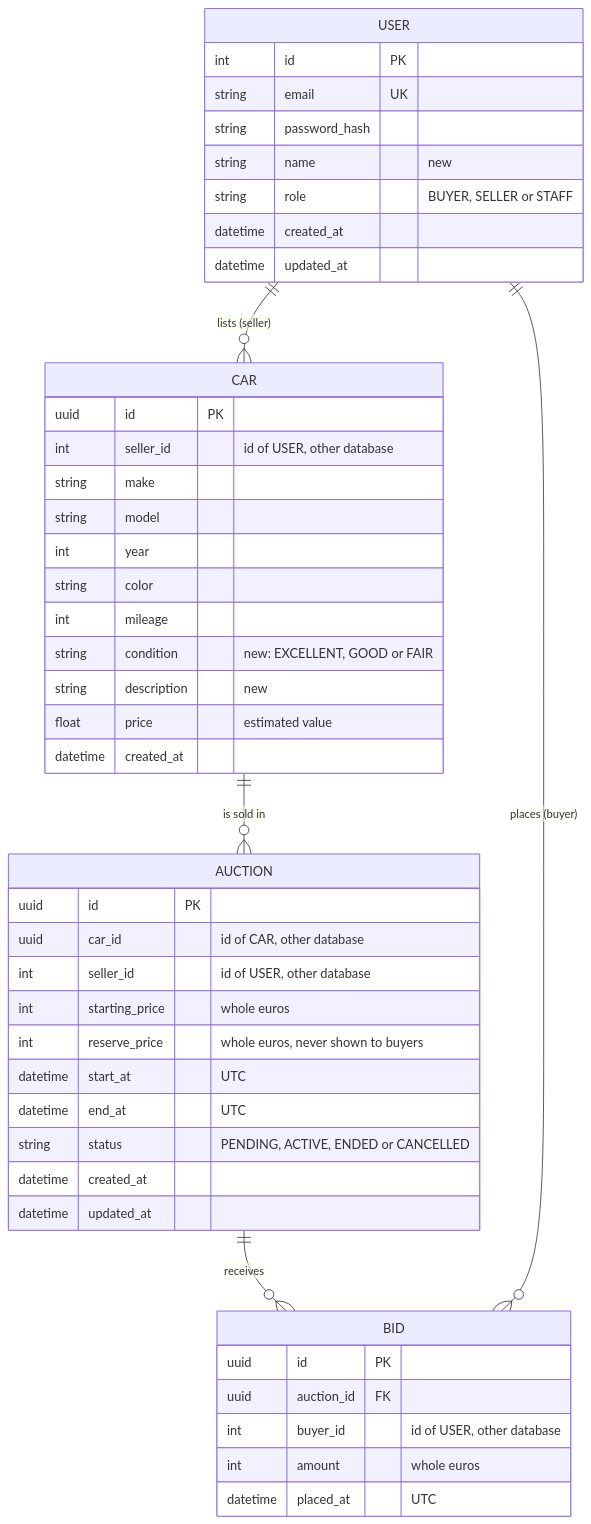
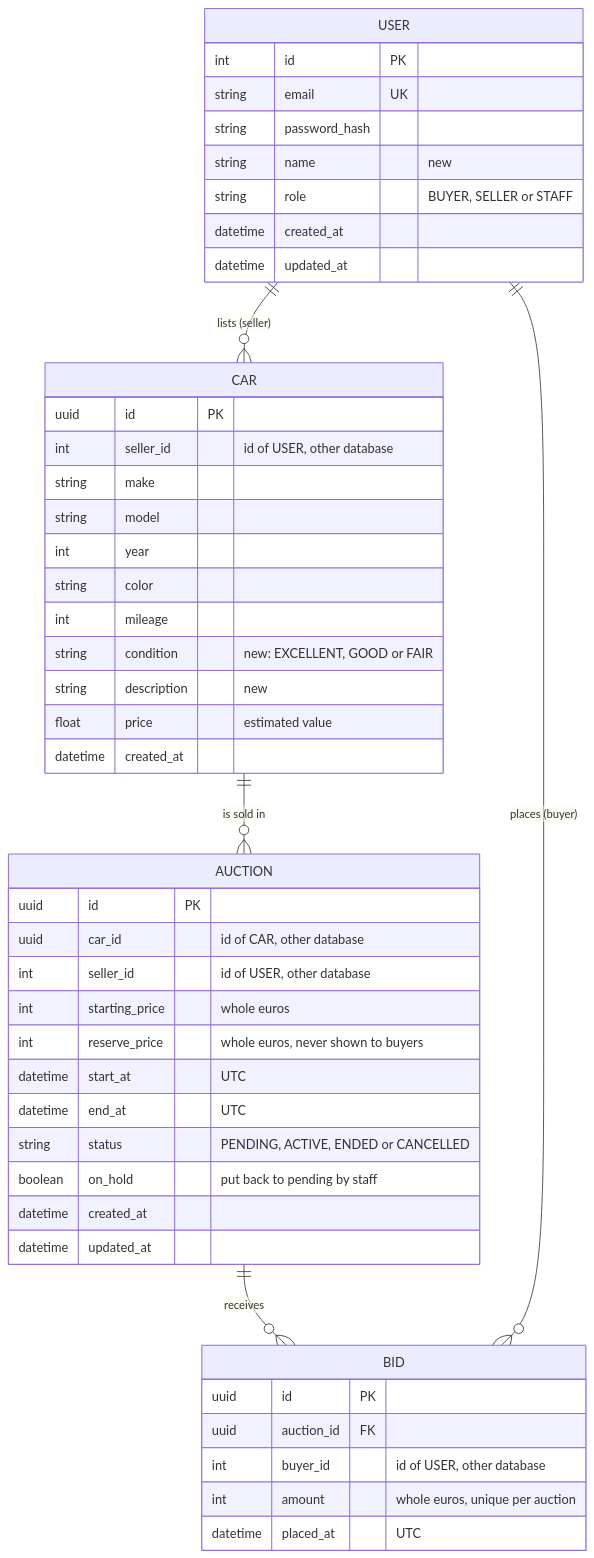
Before and after one commit to Molrih004/car-auction-assignment-MouinSarhani: the diagram in products/erd.md, drawn with Mermaid. The commit also changed other lines of this file and 8 other files, not shown here.

````diff
--- a/products/erd.md
+++ b/products/erd.md
@@ -11,52 +11,53 @@
 ```mermaid
 erDiagram
     USER ||--o{ CAR : "lists (seller)"
     CAR ||--o{ AUCTION : "is sold in"
     AUCTION ||--o{ BID : "receives"
     USER ||--o{ BID : "places (buyer)"
 
     USER {
         int id PK
         string email UK
         string password_hash
         string name "new"
         string role "BUYER, SELLER or STAFF"
         datetime created_at
         datetime updated_at
     }
 
     CAR {
         uuid id PK
         int seller_id "id of USER, other database"
         string make
         string model
         int year
         string color
         int mileage
         string condition "new: EXCELLENT, GOOD or FAIR"
         string description "new"
         float price "estimated value"
         datetime created_at
     }
 
     AUCTION {
         uuid id PK
         uuid car_id "id of CAR, other database"
         int seller_id "id of USER, other database"
         int starting_price "whole euros"
         int reserve_price "whole euros, never shown to buyers"
         datetime start_at "UTC"
         datetime end_at "UTC"
         string status "PENDING, ACTIVE, ENDED or CANCELLED"
+        boolean on_hold "put back to pending by staff"
         datetime created_at
         datetime updated_at
     }
 
     BID {
         uuid id PK
         uuid auction_id FK
         int buyer_id "id of USER, other database"
-        int amount "whole euros"
+        int amount "whole euros, unique per auction"
         datetime placed_at "UTC"
     }
 ```
````
